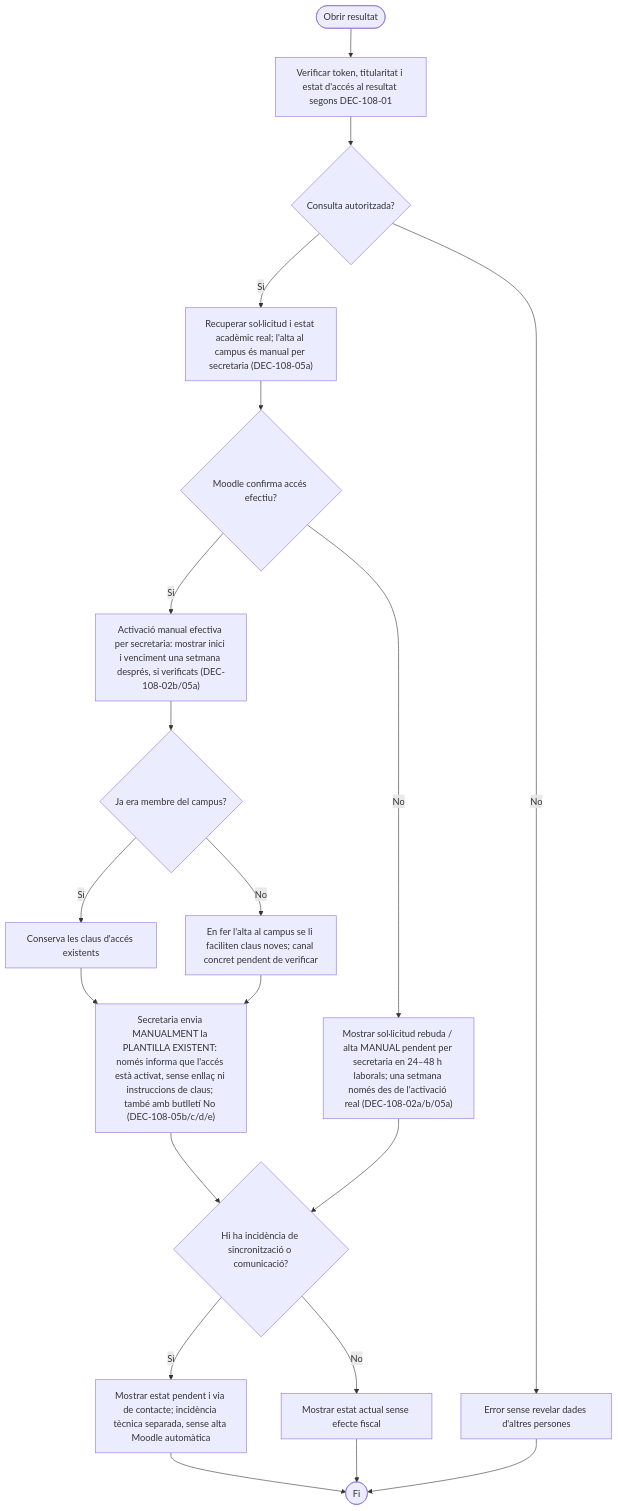
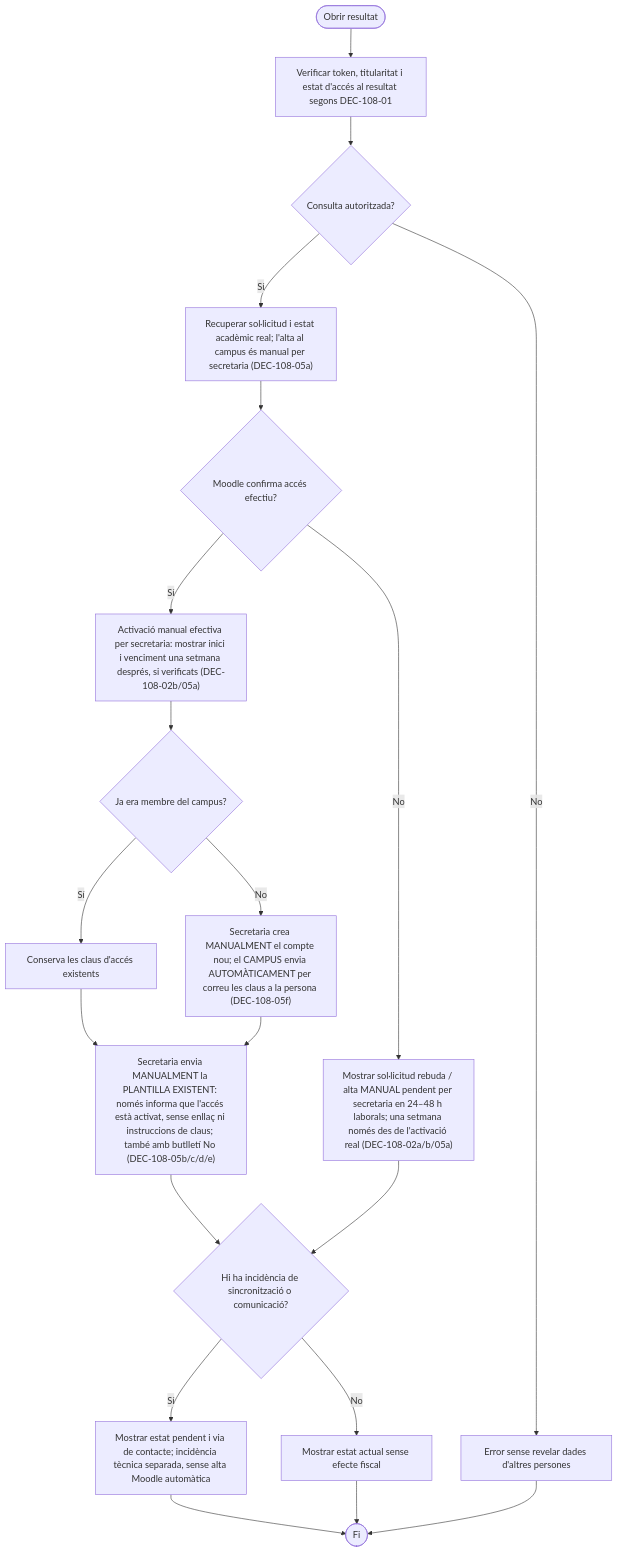
One commit to orgmeriemprismacat-del/verifactu changed the eighth of 8 diagrams in documentacio/07-uml-integrat/uc-108-vistes-grafiques-activitats-pagines.md. Above: the diagram before and after it, drawn with Mermaid. The commit also changed other lines of this file, not shown here.

Commit message:
docs(uml uc-108): automatic credential email from campus for new accounts, manual tastet access email separate

````diff
--- a/documentacio/07-uml-integrat/uc-108-vistes-grafiques-activitats-pagines.md
+++ b/documentacio/07-uml-integrat/uc-108-vistes-grafiques-activitats-pagines.md
@@ -174,22 +174,22 @@
 ```mermaid
 flowchart TD
   A([Obrir resultat]) --> B["Verificar token, titularitat i estat d'accés al resultat segons DEC-108-01"]
   B --> C{"Consulta autoritzada?"}
   C -->|No| D["Error sense revelar dades d'altres persones"]
   C -->|Sí| E["Recuperar sol·licitud i estat acadèmic real; l'alta al campus és manual per secretaria (DEC-108-05a)"]
   E --> F{"Moodle confirma accés efectiu?"}
   F -->|Sí| G["Activació manual efectiva per secretaria: mostrar inici i venciment una setmana després, si verificats (DEC-108-02b/05a)"]
   G --> GX{"Ja era membre del campus?"}
   GX -->|Sí| GM["Conserva les claus d'accés existents"]
-  GX -->|No| GN["En fer l'alta al campus se li faciliten claus noves; canal concret pendent de verificar"]
+  GX -->|No| GN["Secretaria crea MANUALMENT el compte nou; el CAMPUS envia AUTOMÀTICAMENT per correu les claus a la persona (DEC-108-05f)"]
   GM --> GE["Secretaria envia MANUALMENT la PLANTILLA EXISTENT: només informa que l'accés està activat, sense enllaç ni instruccions de claus; també amb butlletí No (DEC-108-05b/c/d/e)"]
   GN --> GE
   F -->|No| H["Mostrar sol·licitud rebuda / alta MANUAL pendent per secretaria en 24–48 h laborals; una setmana només des de l'activació real (DEC-108-02a/b/05a)"]
   GE --> I{"Hi ha incidència de sincronització o comunicació?"}
   H --> I
   I -->|Sí| J["Mostrar estat pendent i via de contacte; incidència tècnica separada, sense alta Moodle automàtica"]
   I -->|No| K["Mostrar estat actual sense efecte fiscal"]
   J --> L([Fi])
   K --> L
   D --> L
 ```
````
